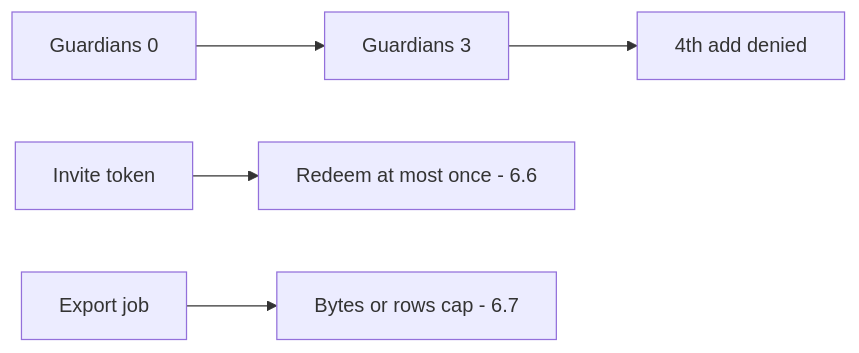
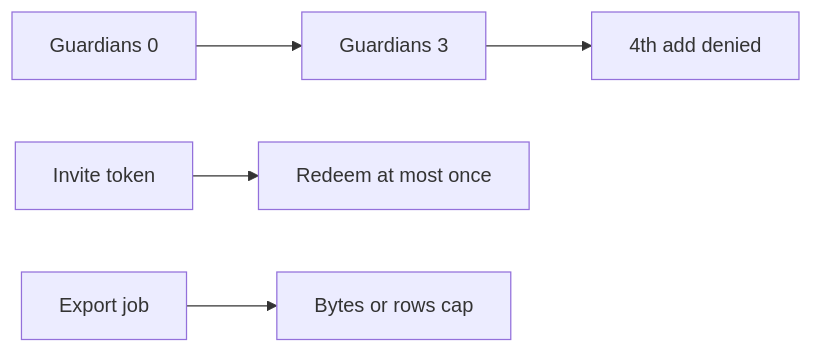
One commit to ishitvagoel/LearnSecurity changed the diagram in content/modules/3/3.4/lessons/07-transfer.md. Above: the diagram before and after it, drawn with Mermaid. The commit also changed other lines of this file and 31 other files, not shown here.

````diff
--- a/content/modules/3/3.4/lessons/07-transfer.md
+++ b/content/modules/3/3.4/lessons/07-transfer.md
@@ -26,7 +27,7 @@
 ```mermaid
 flowchart LR
   G0["Guardians 0"] --> G3["Guardians 3"]
   G3 --> Deny["4th add denied"]
-  Invite["Invite token"] --> Once["Redeem at most once - 6.6"]
-  Export["Export job"] --> Quota["Bytes or rows cap - 6.7"]
+  Invite["Invite token"] --> Once["Redeem at most once"]
+  Export["Export job"] --> Quota["Bytes or rows cap"]
 ```
````
